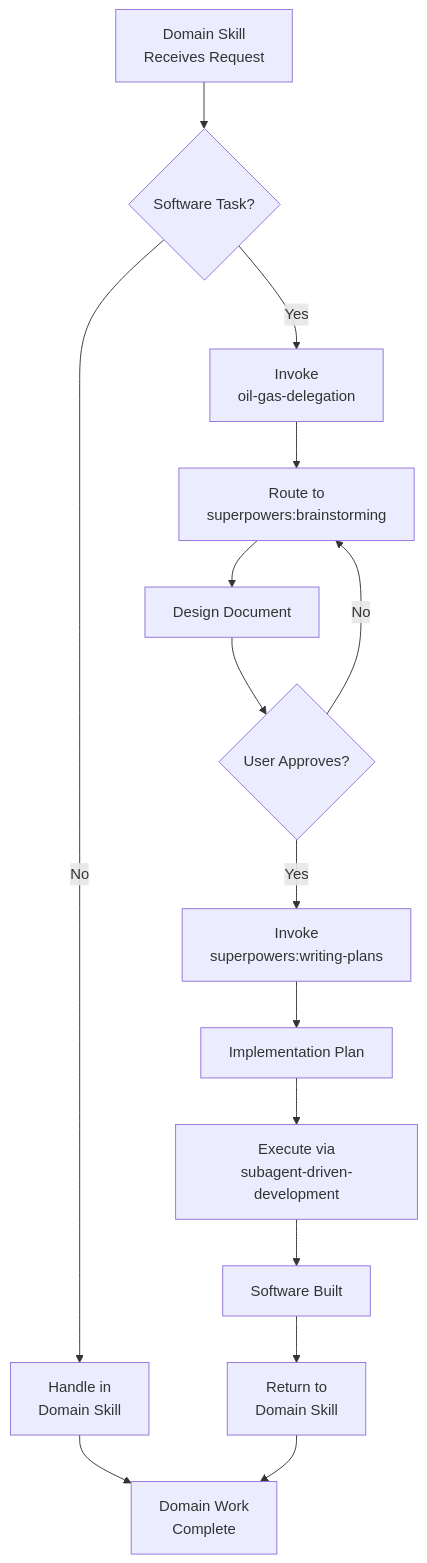
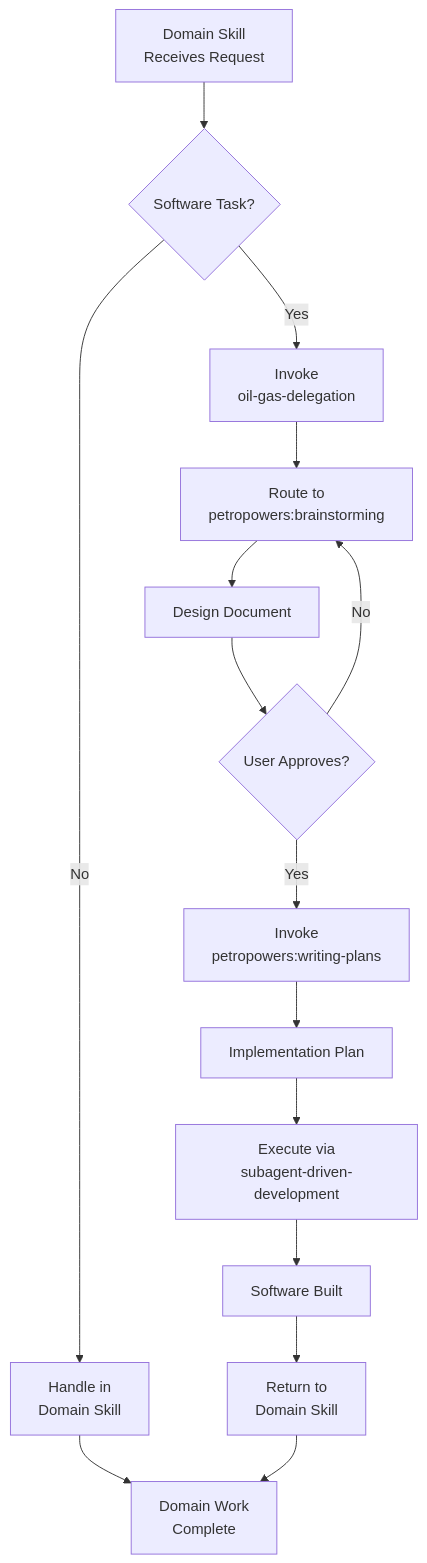
One commit to kucherenko/petropowers changed the seventh of 9 diagrams in docs/oil-gas-pipelines.md. Above: the diagram before and after it, drawn with Mermaid. The commit also changed other lines of this file and 36 other files, not shown here.

````diff
--- a/docs/oil-gas-pipelines.md
+++ b/docs/oil-gas-pipelines.md
@@ -1017,17 +1017,17 @@
 ```mermaid
 graph TD
     A[Domain Skill<br/>Receives Request] --> B{Software Task?}
     B -->|No| C[Handle in<br/>Domain Skill]
     B -->|Yes| D[Invoke<br/>oil-gas-delegation]
-    D --> E[Route to<br/>superpowers:brainstorming]
+    D --> E[Route to<br/>petropowers:brainstorming]
     E --> F[Design Document]
     F --> G{User Approves?}
     G -->|No| E
-    G -->|Yes| H[Invoke<br/>superpowers:writing-plans]
+    G -->|Yes| H[Invoke<br/>petropowers:writing-plans]
     H --> I[Implementation Plan]
     I --> J[Execute via<br/>subagent-driven-development]
     J --> K[Software Built]
     K --> L[Return to<br/>Domain Skill]
     C --> M[Domain Work<br/>Complete]
     L --> M
 ```
````
